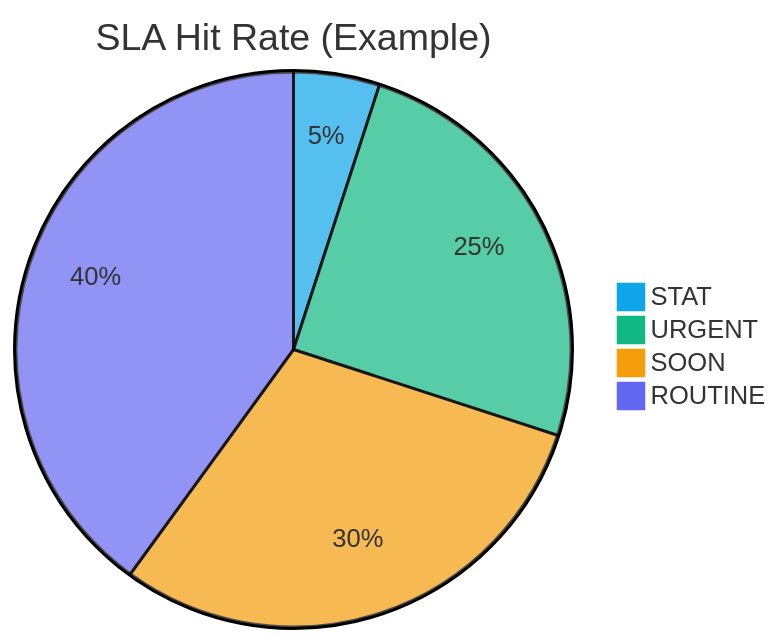
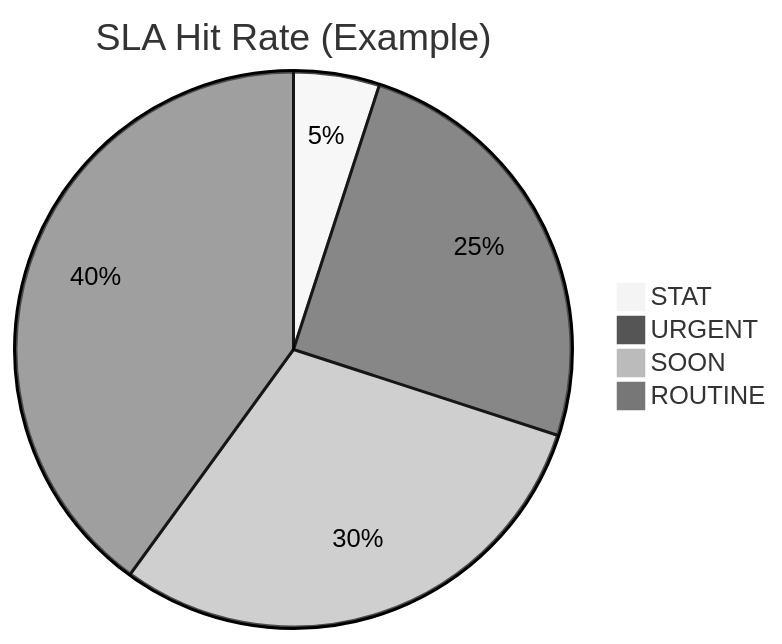
Before and after one commit to georgeahmed/onecare: diagram 12 of 13 in Algorithm.md, drawn with Mermaid. The commit also changed other lines of this file, not shown here.

````diff
--- a/Algorithm.md
+++ b/Algorithm.md
@@ -833,8 +821,8 @@
 ```mermaid
-%%{init: {'theme':'base', 'themeVariables': {'pie1':'#0ea5e9','pie2':'#10b981','pie3':'#f59e0b','pie4':'#6366f1'}}}%%
+%%{init: {'theme':'neutral'}}%%
 pie title SLA Hit Rate (Example)
   "STAT" : 5
   "URGENT" : 25
   "SOON" : 30
   "ROUTINE" : 40
 ```
````
